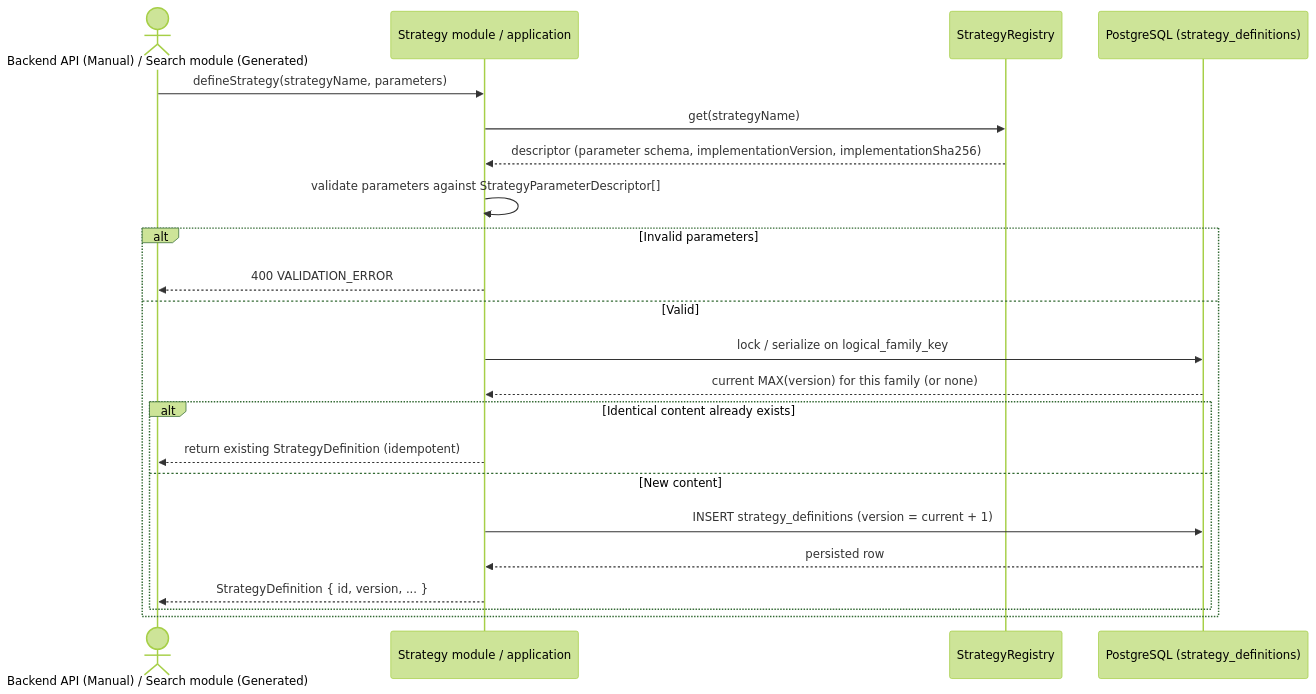
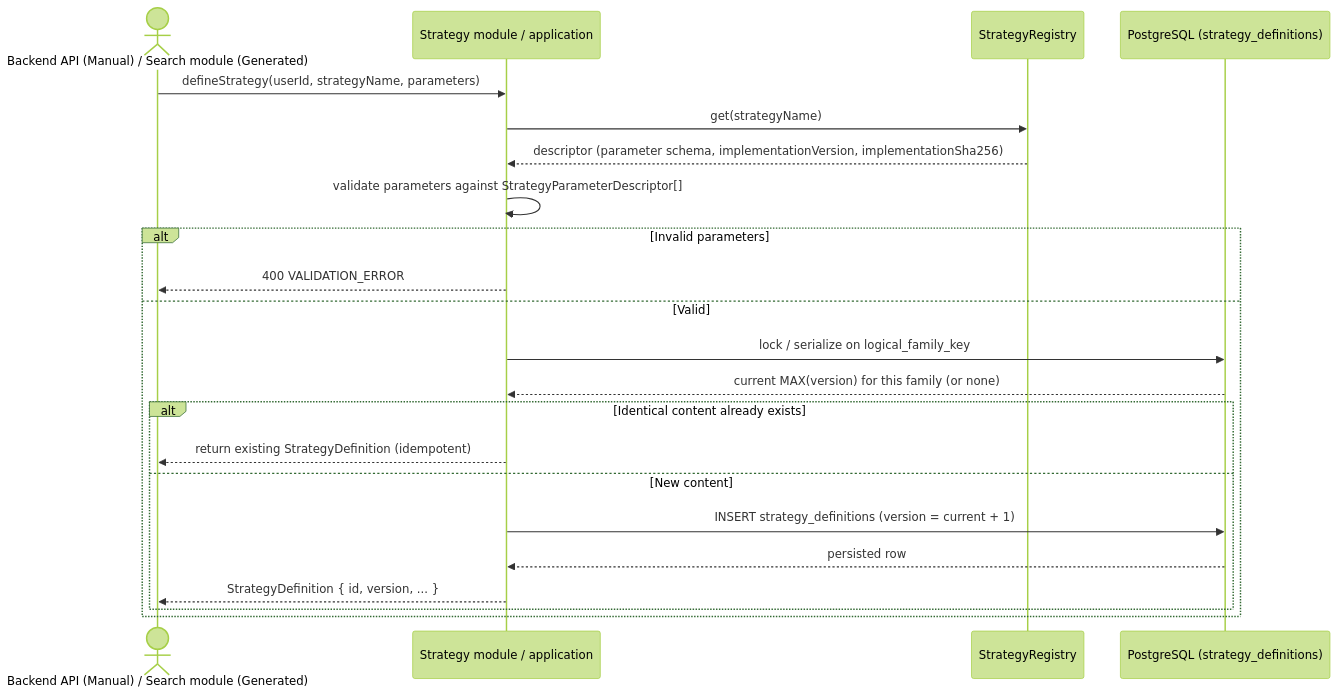
One commit to thanhdatttt/Cryptox changed the third of 8 diagrams in openspec/specs/strategy-spec.md. Above: the diagram before and after it, drawn with Mermaid (forest theme). The commit also changed other lines of this file and 11 other files, not shown here.

````diff
--- a/openspec/specs/strategy-spec.md
+++ b/openspec/specs/strategy-spec.md
@@ -138,25 +142,25 @@
 ```mermaid
 sequenceDiagram
     actor Caller as Backend API (Manual) / Search module (Generated)
     participant SM as Strategy module / application
     participant Reg as StrategyRegistry
     participant PG as PostgreSQL (strategy_definitions)
 
-    Caller->>SM: defineStrategy(strategyName, parameters)
+    Caller->>SM: defineStrategy(userId, strategyName, parameters)
     SM->>Reg: get(strategyName)
     Reg-->>SM: descriptor (parameter schema, implementationVersion, implementationSha256)
     SM->>SM: validate parameters against StrategyParameterDescriptor[]
     alt Invalid parameters
         SM-->>Caller: 400 VALIDATION_ERROR
     else Valid
         SM->>PG: lock / serialize on logical_family_key
         PG-->>SM: current MAX(version) for this family (or none)
         alt Identical content already exists
             SM-->>Caller: return existing StrategyDefinition (idempotent)
         else New content
             SM->>PG: INSERT strategy_definitions (version = current + 1)
             PG-->>SM: persisted row
             SM-->>Caller: StrategyDefinition { id, version, ... }
         end
     end
 ```
````
